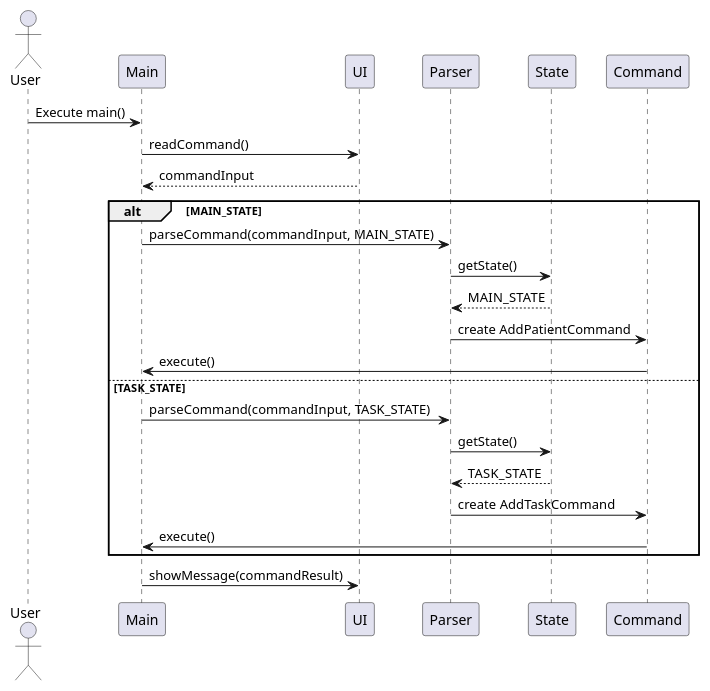
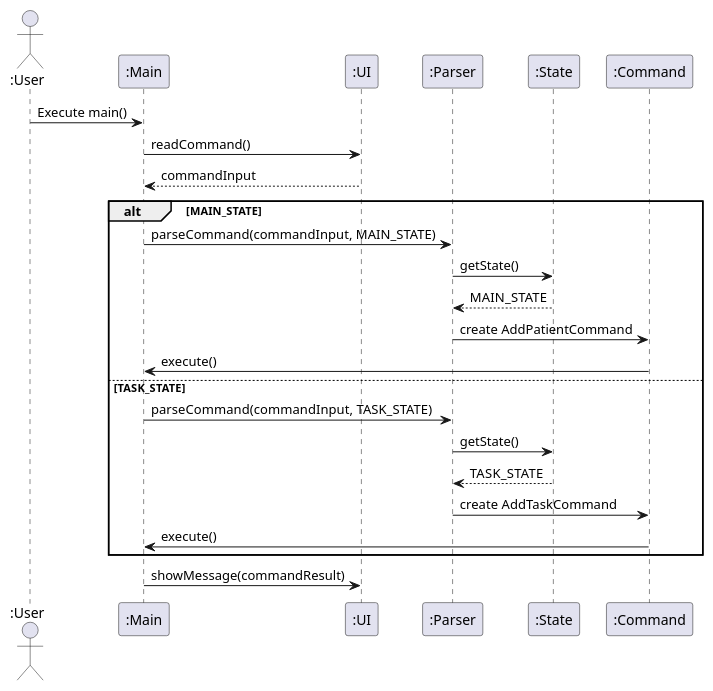
Before and after one commit to nus-cs2113-AY2425S1/tp: the diagram in docs/diagrams/StateSwitchingSequenceDiagram.puml, drawn with PlantUML. The commit also changed 5 other files, not shown here.

Commit message:
update diagrams based on teacher feedback

```diff
--- a/docs/diagrams/StateSwitchingSequenceDiagram.puml
+++ b/docs/diagrams/StateSwitchingSequenceDiagram.puml
@@ -1,31 +1,31 @@
 @startuml
-actor User as U
-participant "Main" as M
-participant "UI" as UI
-participant "Parser" as P
-participant "State" as S
-participant "Command" as C
+actor ":User" as U
+participant ":Main" as M
+participant ":UI" as UI
+participant ":Parser" as P
+participant ":State" as S
+participant ":Command" as C
 
 U -> M: Execute main()
 M -> UI: readCommand()
 UI --> M: commandInput
 
 alt MAIN_STATE
     M -> P: parseCommand(commandInput, MAIN_STATE)
     P -> S: getState()
     S --> P: MAIN_STATE
     P -> C: create AddPatientCommand
     C -> M: execute()
 
 else TASK_STATE
     M -> P: parseCommand(commandInput, TASK_STATE)
     P -> S: getState()
     S --> P: TASK_STATE
     P -> C: create AddTaskCommand
     C -> M: execute()
 
 end
 
 M -> UI: showMessage(commandResult)
 
 @enduml
```
